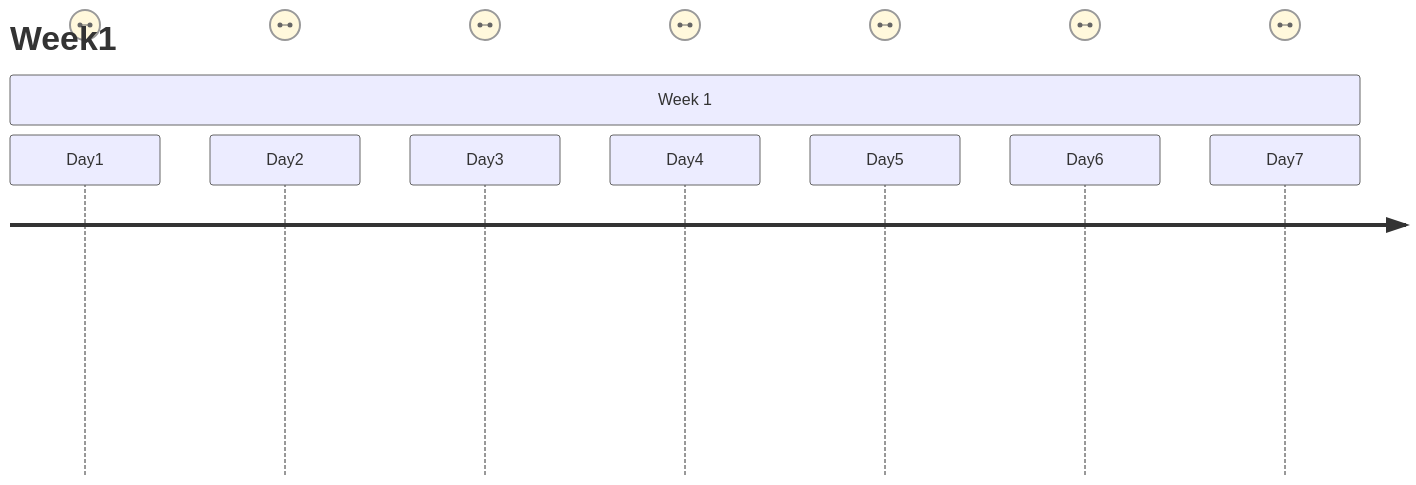
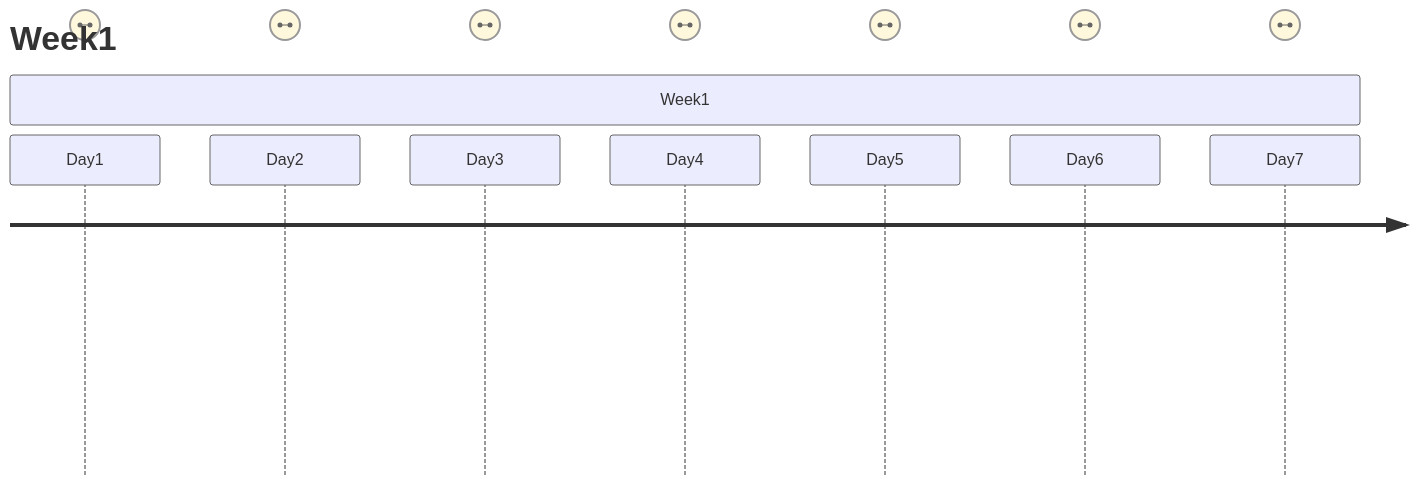
Before and after one commit to metigator/Roadmap: the first of 2 diagrams in README.md, drawn with Mermaid.

````diff
--- a/README.md
+++ b/README.md
@@ -1,12 +1,12 @@
 ```mermaid
 journey
     title Week1
-    section Week 1
+    section Week1
       Day1 : Me
       Day2 : Me
       Day3 : Me
       Day4 : Me
       Day5 : Me
       Day6 : Me
       Day7 : Me
 ```
````
